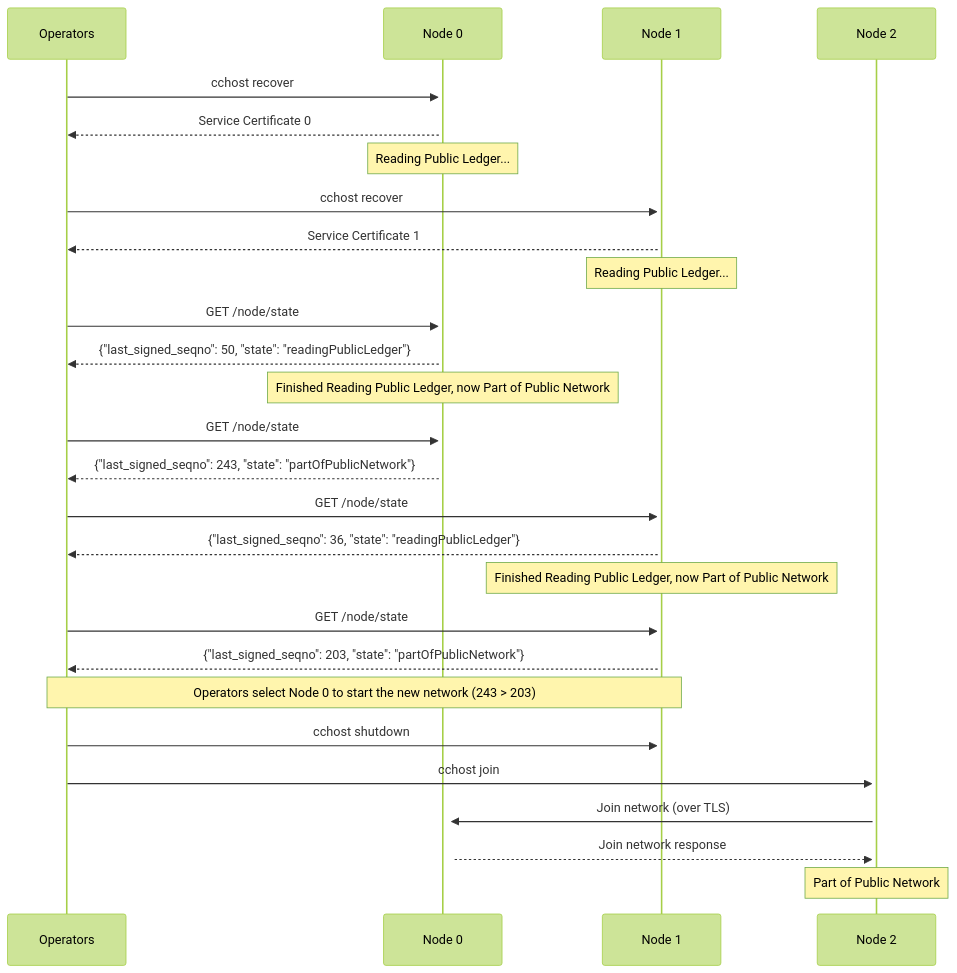
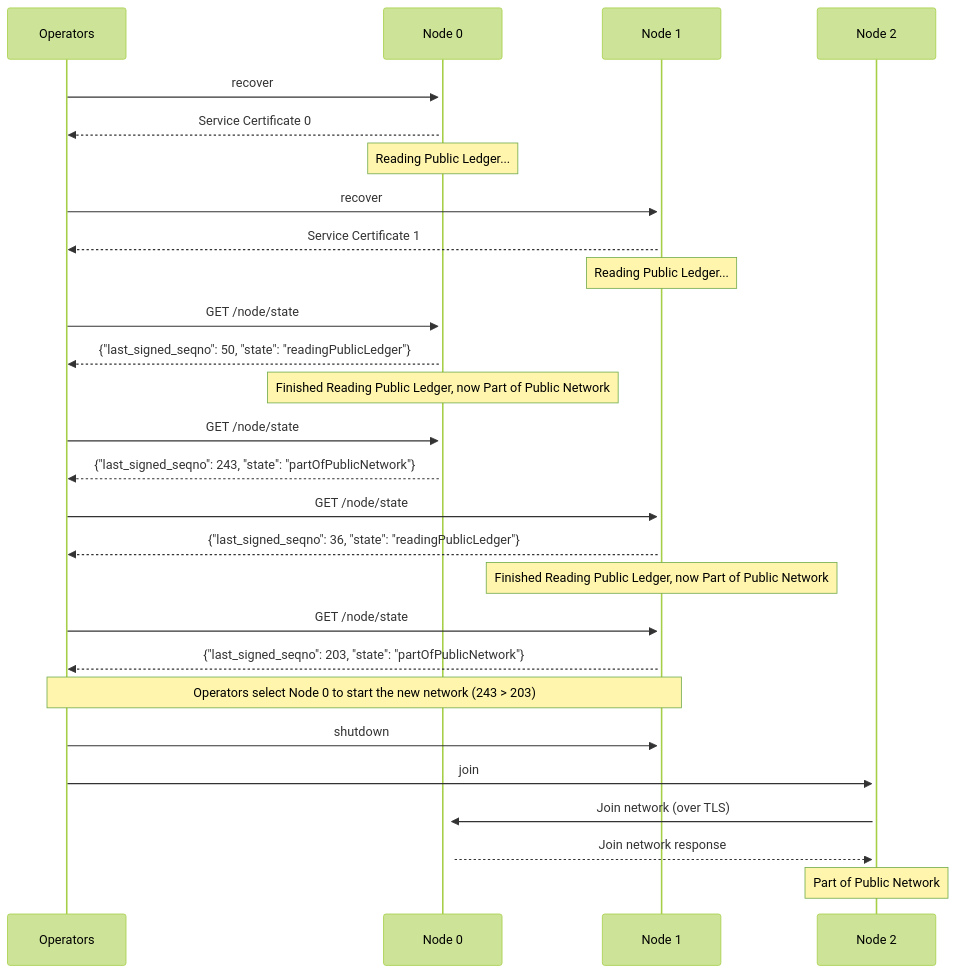
One commit to microsoft/CCF changed the third of 3 diagrams in doc/operations/recovery.rst. Above: the diagram before and after it, drawn with Mermaid (forest theme). The commit also changed other lines of this file and 16 other files, not shown here.

```diff
--- a/doc/operations/recovery.rst
+++ b/doc/operations/recovery.rst
@@ -77,36 +77,36 @@
 .. mermaid::
 
     sequenceDiagram
         participant Operators
         participant Node 0
         participant Node 1
         participant Node 2
 
-        Operators->>+Node 0: cchost recover
+        Operators->>+Node 0: recover
         Node 0-->>Operators: Service Certificate 0
         Note over Node 0: Reading Public Ledger...
 
-        Operators->>+Node 1: cchost recover
+        Operators->>+Node 1: recover
         Node 1-->>Operators: Service Certificate 1
         Note over Node 1: Reading Public Ledger...
 
         Operators->>+Node 0: GET /node/state
         Node 0-->>Operators: {"last_signed_seqno": 50, "state": "readingPublicLedger"}
         Note over Node 0: Finished Reading Public Ledger, now Part of Public Network
         Operators->>Node 0: GET /node/state
         Node 0-->>Operators: {"last_signed_seqno": 243, "state": "partOfPublicNetwork"}
 
         Operators->>+Node 1: GET /node/state
         Node 1-->>Operators: {"last_signed_seqno": 36, "state": "readingPublicLedger"}
         Note over Node 1: Finished Reading Public Ledger, now Part of Public Network
         Operators->>Node 1: GET /node/state
         Node 1-->>Operators: {"last_signed_seqno": 203, "state": "partOfPublicNetwork"}
 
         Note over Operators, Node 1: Operators select Node 0 to start the new network (243 > 203)
 
-        Operators->>+Node 1: cchost shutdown
+        Operators->>+Node 1: shutdown
 
-        Operators->>+Node 2: cchost join
+        Operators->>+Node 2: join
         Node 2->>+Node 0: Join network (over TLS)
         Node 0-->>Node 2: Join network response
         Note over Node 2: Part of Public Network
```
